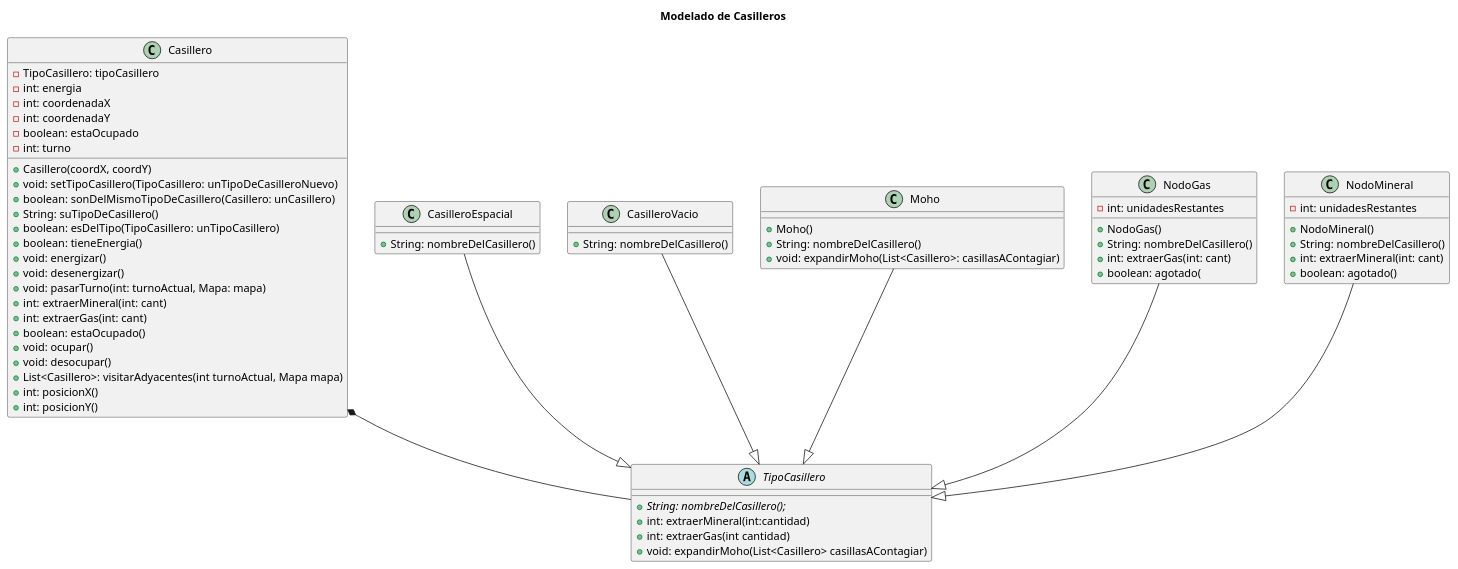
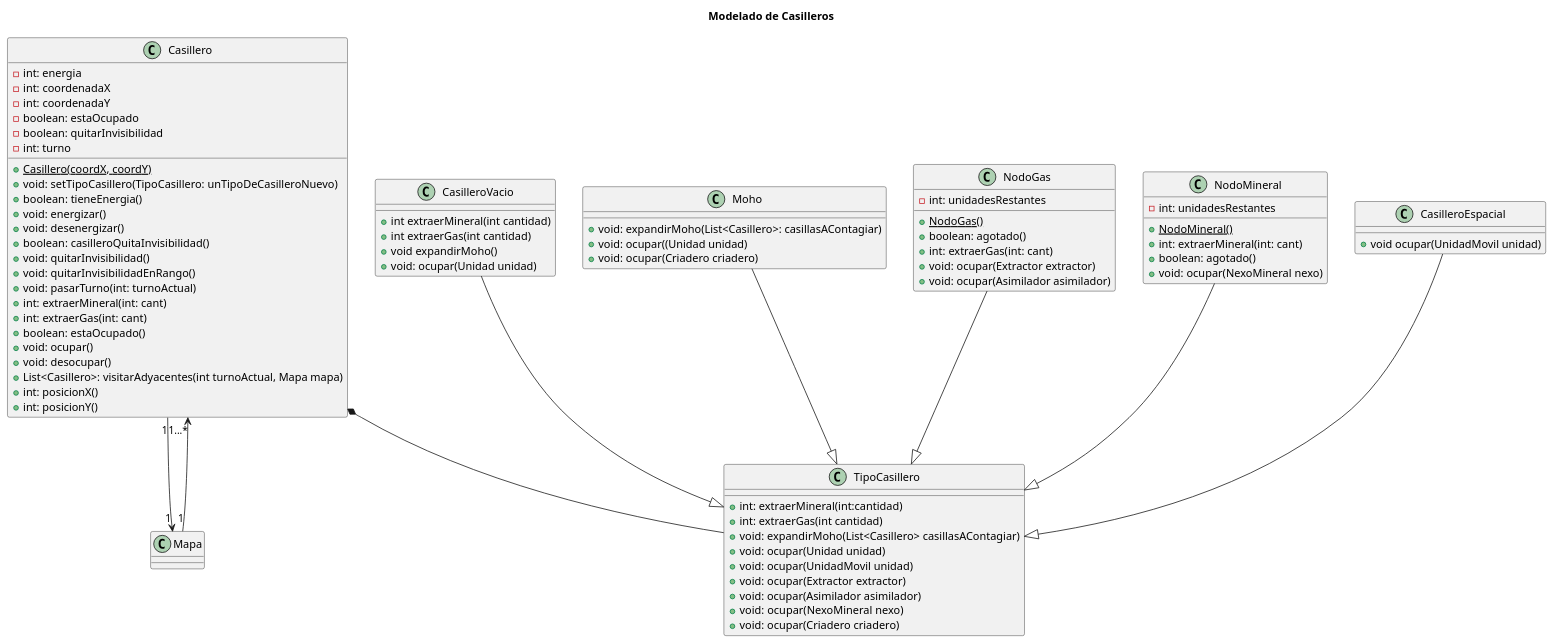
One commit to m-cabrerar/AlgoStar changed the diagram in diagrams/classes/casilleros.plantuml. Above: the diagram before and after it, drawn with PlantUML. The commit also changed 11 other files, not shown here.

Commit message:
UML casillero mapa

```diff
--- a/diagrams/classes/casilleros.plantuml
+++ b/diagrams/classes/casilleros.plantuml
@@ -1,75 +1,91 @@
 @startuml
 title Modelado de Casilleros
 
 
 class Casillero {
- - TipoCasillero: tipoCasillero
  - int: energia
  - int: coordenadaX
  - int: coordenadaY
  - boolean: estaOcupado
+ - boolean: quitarInvisibilidad
  - int: turno
- + Casillero(coordX, coordY)
+
+ + <u>Casillero(coordX, coordY)
  + void: setTipoCasillero(TipoCasillero: unTipoDeCasilleroNuevo)
- + boolean: sonDelMismoTipoDeCasillero(Casillero: unCasillero)
- + String: suTipoDeCasillero()
- + boolean: esDelTipo(TipoCasillero: unTipoCasillero)
  + boolean: tieneEnergia()
  + void: energizar()
  + void: desenergizar()
- + void: pasarTurno(int: turnoActual, Mapa: mapa)
+ + boolean: casilleroQuitaInvisibilidad()
+ + void: quitarInvisibilidad()
+ + void: quitarInvisibilidadEnRango()
+ + void: pasarTurno(int: turnoActual)
  + int: extraerMineral(int: cant)
  + int: extraerGas(int: cant)
  + boolean: estaOcupado()
  + void: ocupar()
  + void: desocupar()
  + List<Casillero>: visitarAdyacentes(int turnoActual, Mapa mapa)
  + int: posicionX()
  + int: posicionY()
 }
 
-class CasilleroEspacial {
- + String: nombreDelCasillero()
-}
 
-class CasilleroVacio{
- + String: nombreDelCasillero()
-}
 
-abstract class TipoCasillero{
- + {abstract}String: nombreDelCasillero();
- + int: extraerMineral(int:cantidad)
- + int: extraerGas(int cantidad)
- + void: expandirMoho(List<Casillero> casillasAContagiar)
-}
 
+
+Casillero "1" --> "1"Mapa
+Mapa "1"--> "1...*" Casillero
 Casillero *-- TipoCasillero
 CasilleroVacio --|> TipoCasillero
 Moho --|> TipoCasillero
 NodoGas --|> TipoCasillero
 NodoMineral --|> TipoCasillero
 CasilleroEspacial --|> TipoCasillero
+class TipoCasillero{
+
+ + int: extraerMineral(int:cantidad)
+ + int: extraerGas(int cantidad)
+ + void: expandirMoho(List<Casillero> casillasAContagiar)
+ + void: ocupar(Unidad unidad)
+ + void: ocupar(UnidadMovil unidad)
+ + void: ocupar(Extractor extractor)
+ + void: ocupar(Asimilador asimilador)
+ + void: ocupar(NexoMineral nexo)
+ + void: ocupar(Criadero criadero)
+}
+
 
 class Moho{
- + Moho()
- + String: nombreDelCasillero()
  + void: expandirMoho(List<Casillero>: casillasAContagiar)
+ + void: ocupar((Unidad unidad)
+ + void: ocupar(Criadero criadero)
 }
 
 class NodoGas{
  - int: unidadesRestantes
- + NodoGas()
- + String: nombreDelCasillero()
+ + <u>NodoGas()
+ + boolean: agotado()
  + int: extraerGas(int: cant)
- + boolean: agotado(
+ + void: ocupar(Extractor extractor)
+ + void: ocupar(Asimilador asimilador)
 }
 
 class NodoMineral{
  - int: unidadesRestantes
- + NodoMineral()
- + String: nombreDelCasillero()
+ + <u>NodoMineral()
  + int: extraerMineral(int: cant)
  + boolean: agotado()
+ + void: ocupar(NexoMineral nexo)
 }
 
+class CasilleroEspacial {
+ + void ocupar(UnidadMovil unidad)
+}
+
+class CasilleroVacio{
++ int extraerMineral(int cantidad)
++ int extraerGas(int cantidad)
++ void expandirMoho()
++ void: ocupar(Unidad unidad)
+}
 @enduml
```
